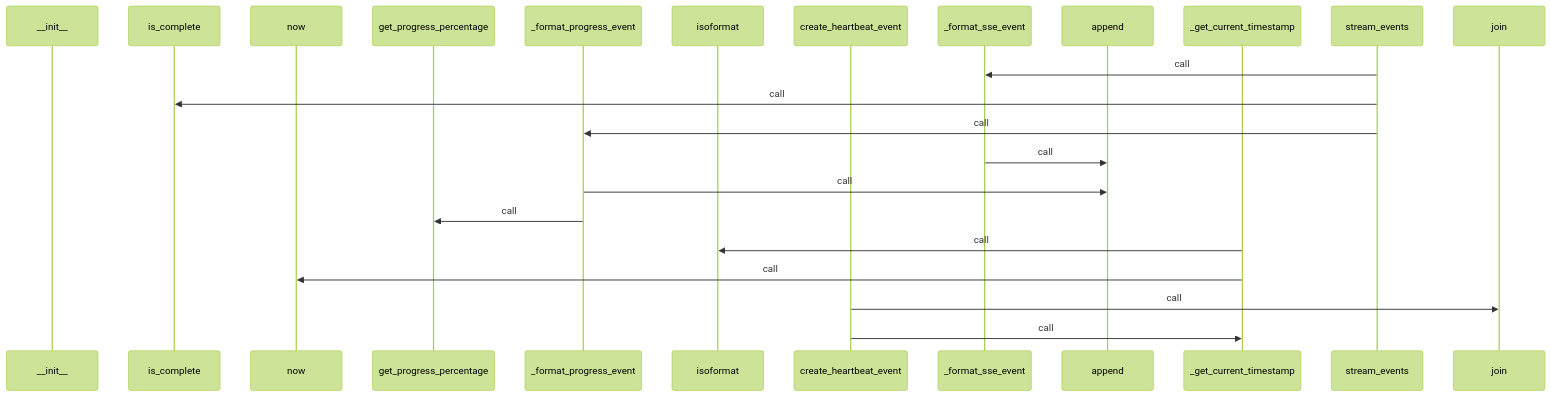
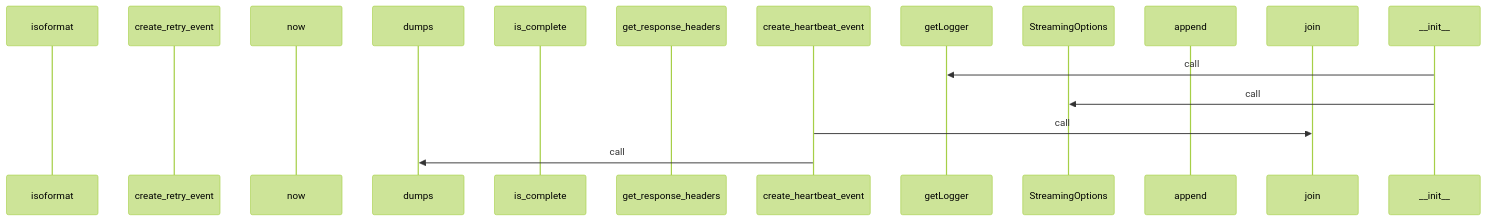
The third of 4 diagrams in generated_docs/rule_analyzer/streaming/protocols/sse.md (yeonjae-personal/codemuse-backend), drawn with Mermaid (forest theme) before and after one commit. The commit also changed other lines of this file and 3991 other files, not shown here.

First line of the commit message:
feat: 워크플로우 개선 및 핵심 문서 자동 생성 구현

````diff
--- a/generated_docs/rule_analyzer/streaming/protocols/sse.md
+++ b/generated_docs/rule_analyzer/streaming/protocols/sse.md
@@ -175,25 +175,19 @@
 ```mermaid
 sequenceDiagram
+  participant isoformat as isoformat
+  participant create_retry_event as create_retry_event
+  participant now as now
+  participant dumps as dumps
+  participant is_complete as is_complete
+  participant get_response_headers as get_response_headers
+  participant create_heartbeat_event as create_heartbeat_event
+  participant getLogger as getLogger
+  participant StreamingOptions as StreamingOptions
+  participant append as append
+  participant join as join
   participant __init__ as __init__
-  participant is_complete as is_complete
-  participant now as now
-  participant get_progress_percentage as get_progress_percentage
-  participant _format_progress_event as _format_progress_event
-  participant isoformat as isoformat
-  participant create_heartbeat_event as create_heartbeat_event
-  participant _format_sse_event as _format_sse_event
-  participant append as append
-  participant _get_current_timestamp as _get_current_timestamp
-  participant stream_events as stream_events
-  participant join as join
-  stream_events->>_format_sse_event: call
-  stream_events->>is_complete: call
-  stream_events->>_format_progress_event: call
-  _format_sse_event->>append: call
-  _format_progress_event->>append: call
-  _format_progress_event->>get_progress_percentage: call
-  _get_current_timestamp->>isoformat: call
-  _get_current_timestamp->>now: call
+  __init__->>getLogger: call
+  __init__->>StreamingOptions: call
   create_heartbeat_event->>join: call
-  create_heartbeat_event->>_get_current_timestamp: call
+  create_heartbeat_event->>dumps: call
 ```
````
